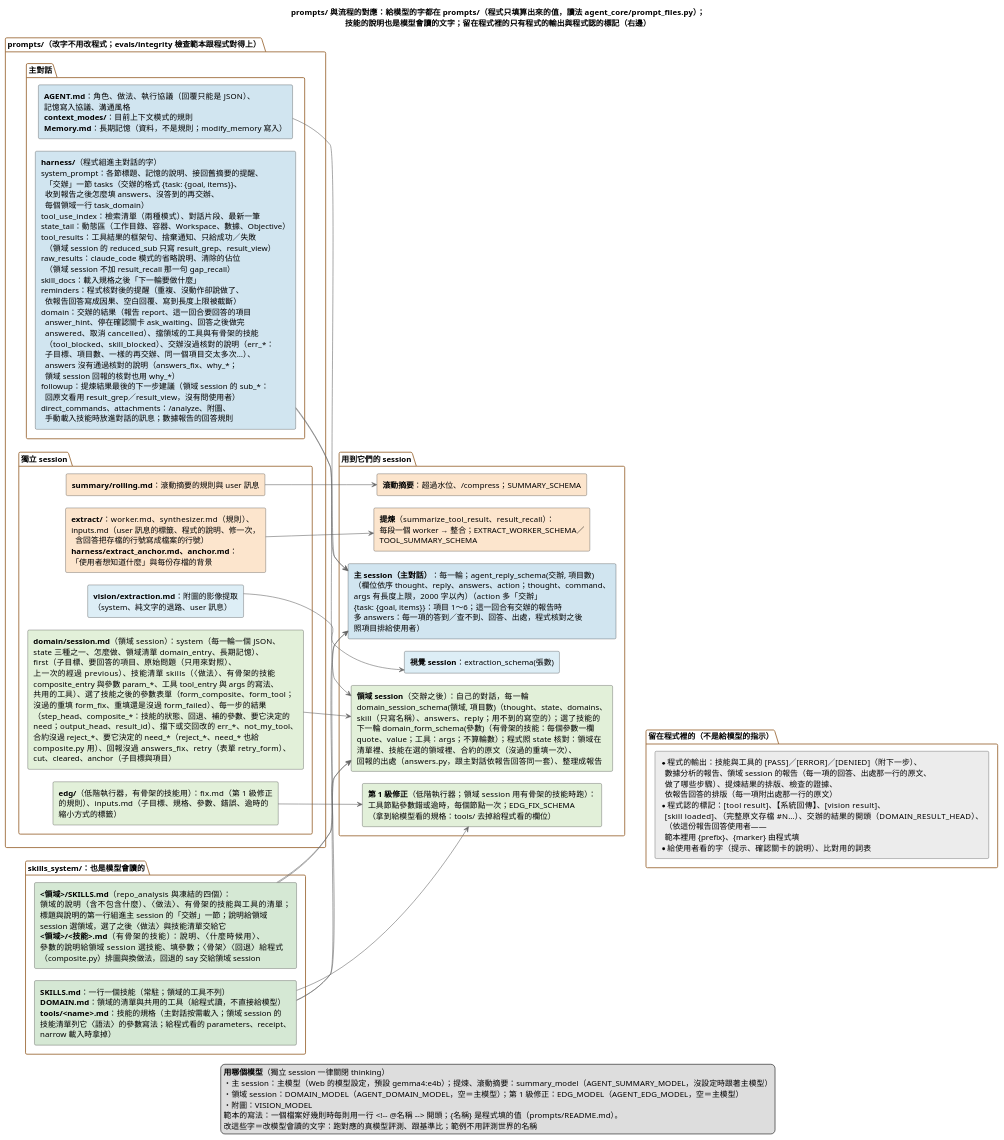
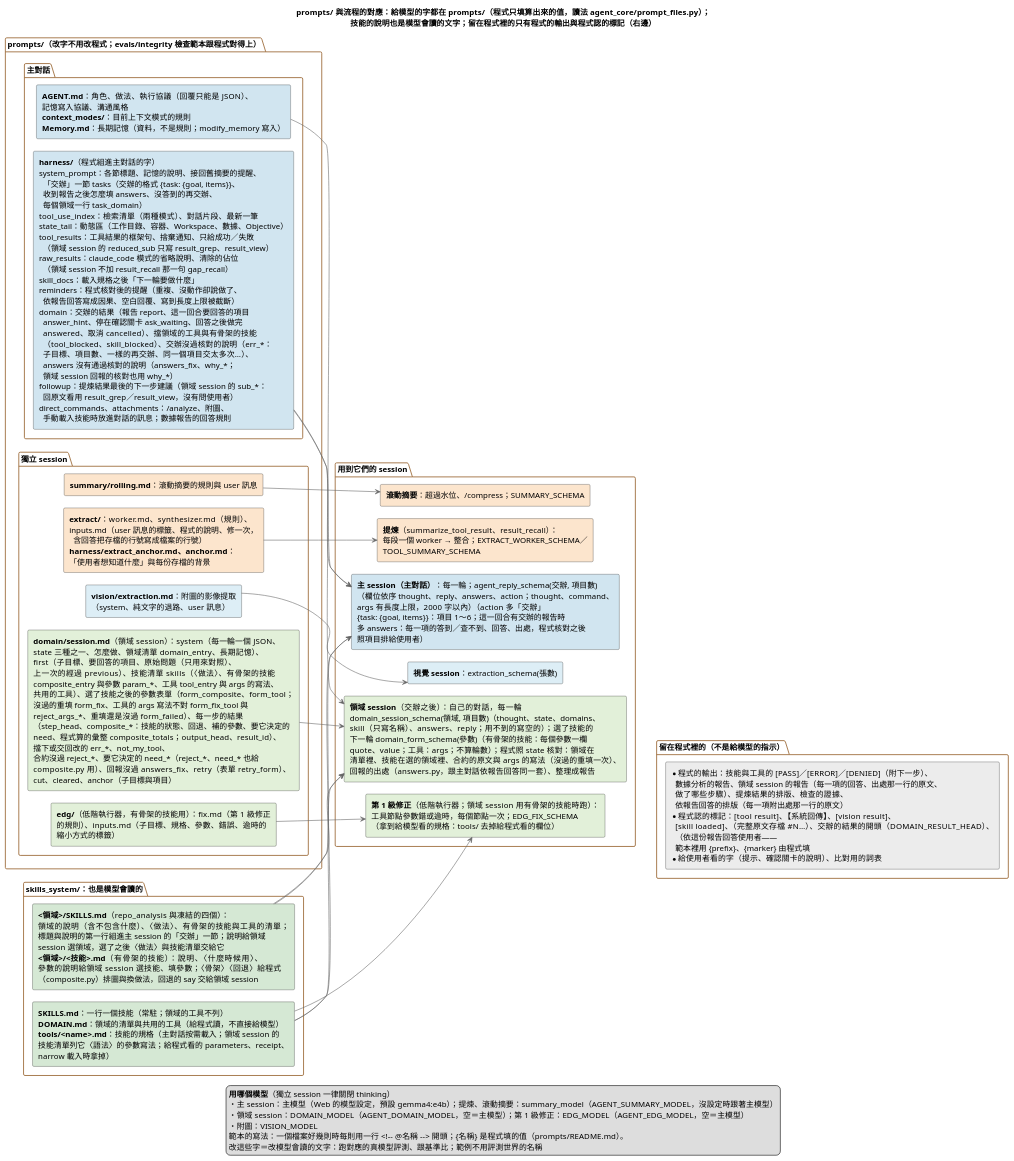
One commit to DavidZox/Coding_agnet changed the diagram in doc/diagrams/prompts與流程的對應.puml. Above: the diagram before and after it, drawn with PlantUML. The commit also changed 21 other files, not shown here.

```diff
--- a/doc/diagrams/prompts與流程的對應.puml
+++ b/doc/diagrams/prompts與流程的對應.puml
@@ -1,179 +1,181 @@
 @startuml
 ' --- 樣式精準控制 ---
 skinparam shadowing false
 skinparam defaultFontName "Microsoft JhengHei"
 skinparam RectangleWidthMax 440
 skinparam PackageBorderColor #996633
 skinparam ArrowColor #666666
 skinparam ranksep 70
 skinparam nodesep 22
 left to right direction
 
 title prompts/ 與流程的對應：給模型的字都在 prompts/（程式只填算出來的值，讀法 agent_core/prompt_files.py）；\n技能的說明也是模型會讀的文字；留在程式裡的只有程式的輸出與程式認的標記（右邊）
 
 package "prompts/（改字不用改程式；evals/integrity 檢查範本跟程式對得上）" {
   package "主對話" {
     rectangle P_AGENT #D1E5F0 [
       **AGENT.md**：角色、做法、執行協議（回覆只能是 JSON）、
       記憶寫入協議、溝通風格
       **context_modes/**：目前上下文模式的規則
       **Memory.md**：長期記憶（資料，不是規則；modify_memory 寫入）
     ]
     rectangle P_HARNESS #D1E5F0 [
       **harness/**（程式組進主對話的字）
       system_prompt：各節標題、記憶的說明、接回舊摘要的提醒、
         「交辦」一節 tasks（交辦的格式 {task: {goal, items}}、
         收到報告之後怎麼填 answers、沒答到的再交辦、
         每個領域一行 task_domain）
       tool_use_index：檢索清單（兩種模式）、對話片段、最新一筆
       state_tail：動態區（工作目錄、容器、Workspace、數據、Objective）
       tool_results：工具結果的框架句、捨棄通知、只給成功／失敗
         （領域 session 的 reduced_sub 只寫 result_grep、result_view）
       raw_results：claude_code 模式的省略說明、清除的佔位
         （領域 session 不加 result_recall 那一句 gap_recall）
       skill_docs：載入規格之後「下一輪要做什麼」
       reminders：程式核對後的提醒（重複、沒動作卻說做了、
         依報告回答寫成因果、空白回覆、寫到長度上限被截斷）
       domain：交辦的結果（報告 report、這一回合要回答的項目
         answer_hint、停在確認關卡 ask_waiting、回答之後做完
         answered、取消 cancelled）、擋領域的工具與有骨架的技能
         （tool_blocked、skill_blocked）、交辦沒過核對的說明（err_*：
         子目標、項目數、一樣的再交辦、同一個項目交太多次…）、
         answers 沒有通過核對的說明（answers_fix、why_*；
         領域 session 回報的核對也用 why_*）
       followup：提煉結果最後的下一步建議（領域 session 的 sub_*：
         回原文看用 result_grep／result_view，沒有問使用者）
       direct_commands、attachments：/analyze、附圖、
         手動載入技能時放進對話的訊息；數據報告的回答規則
     ]
   }
   package "獨立 session" {
     rectangle P_SUMMARY #FCE5CD [
       **summary/rolling.md**：滾動摘要的規則與 user 訊息
     ]
     rectangle P_EXTRACT #FCE5CD [
       **extract/**：worker.md、synthesizer.md（規則）、
       inputs.md（user 訊息的標籤、程式的說明、修一次，
         含回答把存檔的行號寫成檔案的行號）
       **harness/extract_anchor.md、anchor.md**：
       「使用者想知道什麼」與每份存檔的背景
     ]
     rectangle P_VISION #DDEEF6 [
       **vision/extraction.md**：附圖的影像提取
       （system、純文字的退路、user 訊息）
     ]
     rectangle P_EDG #E2F0D9 [
       **edg/**（低階執行器，有骨架的技能用）：fix.md（第 1 級修正
       的規則）、inputs.md（子目標、規格、參數、錯誤、逾時的
       縮小方式的標籤）
     ]
     rectangle P_DOMAIN #E2F0D9 [
       **domain/session.md**（領域 session）：system（每一輪一個 JSON、
       state 三種之一、怎麼做、領域清單 domain_entry、長期記憶）、
       first（子目標、要回答的項目、原始問題（只用來對照）、
       上一次的經過 previous）、技能清單 skills（〈做法〉、有骨架的技能
       composite_entry 與參數 param_*、工具 tool_entry 與 args 的寫法、
       共用的工具）、選了技能之後的參數表單（form_composite、form_tool；
-      沒過的重填 form_fix、重填還是沒過 form_failed）、每一步的結果
+      沒過的重填 form_fix、工具的 args 寫法不對 form_fix_tool 與
+      reject_args_*、重填還是沒過 form_failed）、每一步的結果
       （step_head、composite_*：技能的狀態、回退、補的參數、要它決定的
-      need；output_head、result_id）、擋下或交回改的 err_*、not_my_tool、
+      need、程式算的彙整 composite_totals；output_head、result_id）、
+      擋下或交回改的 err_*、not_my_tool、
       合約沒過 reject_*、要它決定的 need_*（reject_*、need_* 也給
       composite.py 用）、回報沒過 answers_fix、retry（表單 retry_form）、
       cut、cleared、anchor（子目標與項目）
     ]
   }
 }
 
 package "skills_system/：也是模型會讀的" {
   rectangle K_ALL #D5E8D4 [
     **SKILLS.md**：一行一個技能（常駐；領域的工具不列）
     **DOMAIN.md**：領域的清單與共用的工具（給程式讀，不直接給模型）
     **tools/<name>.md**：技能的規格（主對話按需載入；領域 session 的
     技能清單列它〈語法〉的參數寫法；給程式看的 parameters、receipt、
     narrow 載入時拿掉）
   ]
   rectangle K_DOMAIN #D5E8D4 [
     **<領域>/SKILLS.md**（repo_analysis 與凍結的四個）：
     領域的說明（含不包含什麼）、〈做法〉、有骨架的技能與工具的清單；
     標題與說明的第一行組進主 session 的「交辦」一節；說明給領域
     session 選領域，選了之後〈做法〉與技能清單交給它
     **<領域>/<技能>.md**（有骨架的技能）：說明、〈什麼時候用〉、
     參數的說明給領域 session 選技能、填參數；〈骨架〉〈回退〉給程式
     （composite.py）排圖與換做法，回退的 say 交給領域 session
   ]
 }
 
 package "用到它們的 session" {
   rectangle S_MAIN #D1E5F0 [
     **主 session（主對話）**：每一輪；agent_reply_schema(交辦, 項目數)
     （欄位依序 thought、reply、answers、action；thought、command、
     args 有長度上限，2000 字以內）（action 多「交辦」
     {task: {goal, items}}：項目 1～6；這一回合有交辦的報告時
     多 answers：每一項的答到／查不到、回答、出處，程式核對之後
     照項目排給使用者）
   ]
   rectangle S_DOMAIN #E2F0D9 [
     **領域 session**（交辦之後）：自己的對話，每一輪
     domain_session_schema(領域, 項目數)（thought、state、domains、
     skill（只寫名稱）、answers、reply；用不到的寫空的）；選了技能的
     下一輪 domain_form_schema(參數)（有骨架的技能：每個參數一欄
     quote、value；工具：args；不算輪數）；程式照 state 核對：領域在
-    清單裡、技能在選的領域裡、合約的原文（沒過的重填一次）、
+    清單裡、技能在選的領域裡、合約的原文與 args 的寫法（沒過的重填一次）、
     回報的出處（answers.py，跟主對話依報告回答同一套）、整理成報告
   ]
   rectangle S_SUMMARY #FCE5CD [
     **滾動摘要**：超過水位、/compress；SUMMARY_SCHEMA
   ]
   rectangle S_EXTRACT #FCE5CD [
     **提煉**（summarize_tool_result、result_recall）：
     每段一個 worker → 整合；EXTRACT_WORKER_SCHEMA／
     TOOL_SUMMARY_SCHEMA
   ]
   rectangle S_VISION #DDEEF6 [
     **視覺 session**：extraction_schema(張數)
   ]
   rectangle S_EDG #E2F0D9 [
     **第 1 級修正**（低階執行器；領域 session 用有骨架的技能時跑）：
     工具節點參數錯或逾時，每個節點一次；EDG_FIX_SCHEMA
     （拿到給模型看的規格：tools/ 去掉給程式看的欄位）
   ]
 }
 
 package "留在程式裡的（不是給模型的指示）" {
   rectangle C_LIST #ECECEC [
     * 程式的輸出：技能與工具的 [PASS]／[ERROR]／[DENIED]（附下一步）、
       數據分析的報告、領域 session 的報告（每一項的回答、出處那一行的原文、
       做了哪些步驟）、提煉結果的排版、檢查的證據、
       依報告回答的排版（每一項附出處那一行的原文）
     * 程式認的標記：[tool result]、【系統回傳】、[vision result]、
       [skill loaded]、（完整原文存檔 #N…）、交辦的結果的開頭（DOMAIN_RESULT_HEAD）、
       （依這份報告回答使用者——
       範本裡用 {prefix}、{marker} 由程式填
     * 給使用者看的字（提示、確認關卡的說明）、比對用的詞表
   ]
 }
 
 P_AGENT --> S_MAIN
 P_HARNESS --> S_MAIN
 K_ALL --> S_MAIN
 P_SUMMARY --> S_SUMMARY
 P_EXTRACT --> S_EXTRACT
 P_VISION --> S_VISION
 P_EDG --> S_EDG
 K_ALL --> S_EDG
 P_DOMAIN --> S_DOMAIN
 P_HARNESS --> S_DOMAIN
 K_DOMAIN --> S_DOMAIN
 K_ALL --> S_DOMAIN
 K_DOMAIN --> S_MAIN
 S_EDG -[hidden]-> C_LIST
 
 legend bottom
   **用哪個模型**（獨立 session 一律關閉 thinking）
   ・主 session：主模型（Web 的模型設定，預設 gemma4:e4b）；提煉、滾動摘要：summary_model（AGENT_SUMMARY_MODEL，沒設定時跟著主模型）
   ・領域 session：DOMAIN_MODEL（AGENT_DOMAIN_MODEL，空＝主模型）；第 1 級修正：EDG_MODEL（AGENT_EDG_MODEL，空＝主模型）
   ・附圖：VISION_MODEL
   範本的寫法：一個檔案好幾則時每則用一行 <!~-- @名稱 ~--> 開頭；{名稱} 是程式填的值（prompts/README.md）。
   改這些字＝改模型會讀的文字：跑對應的真模型評測、跟基準比；範例不用評測世界的名稱
 endlegend
 @enduml
```
